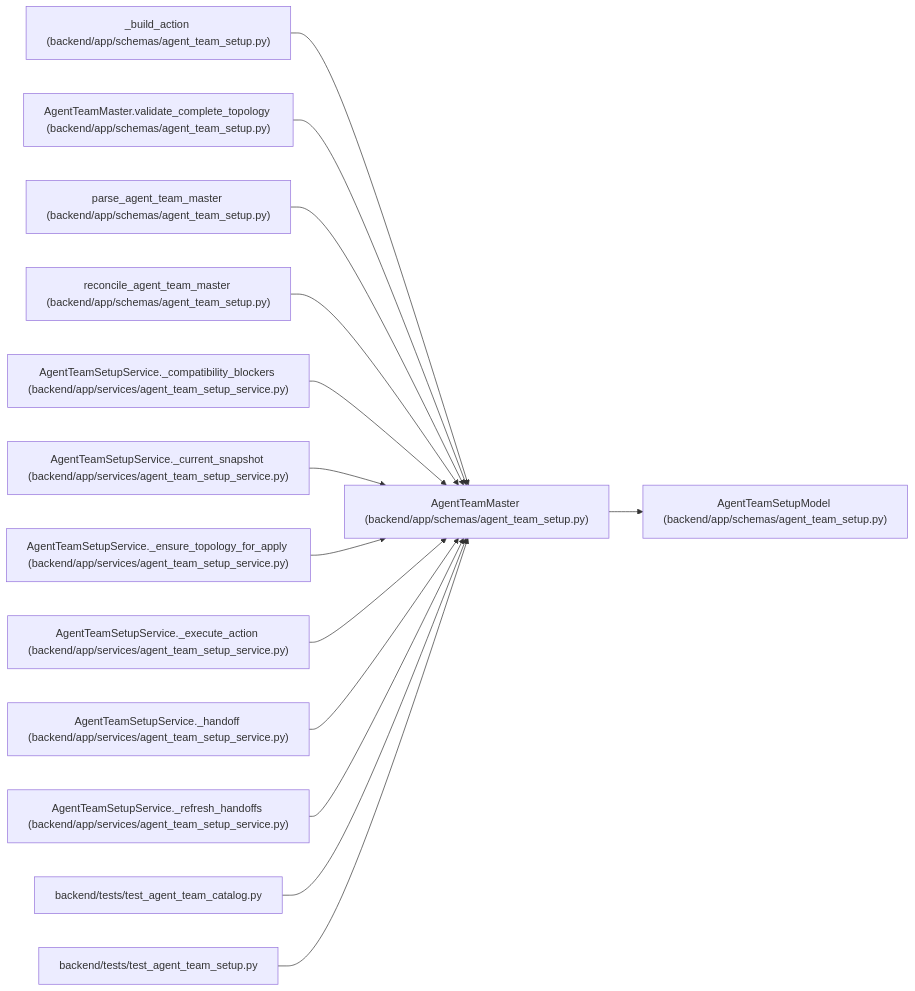
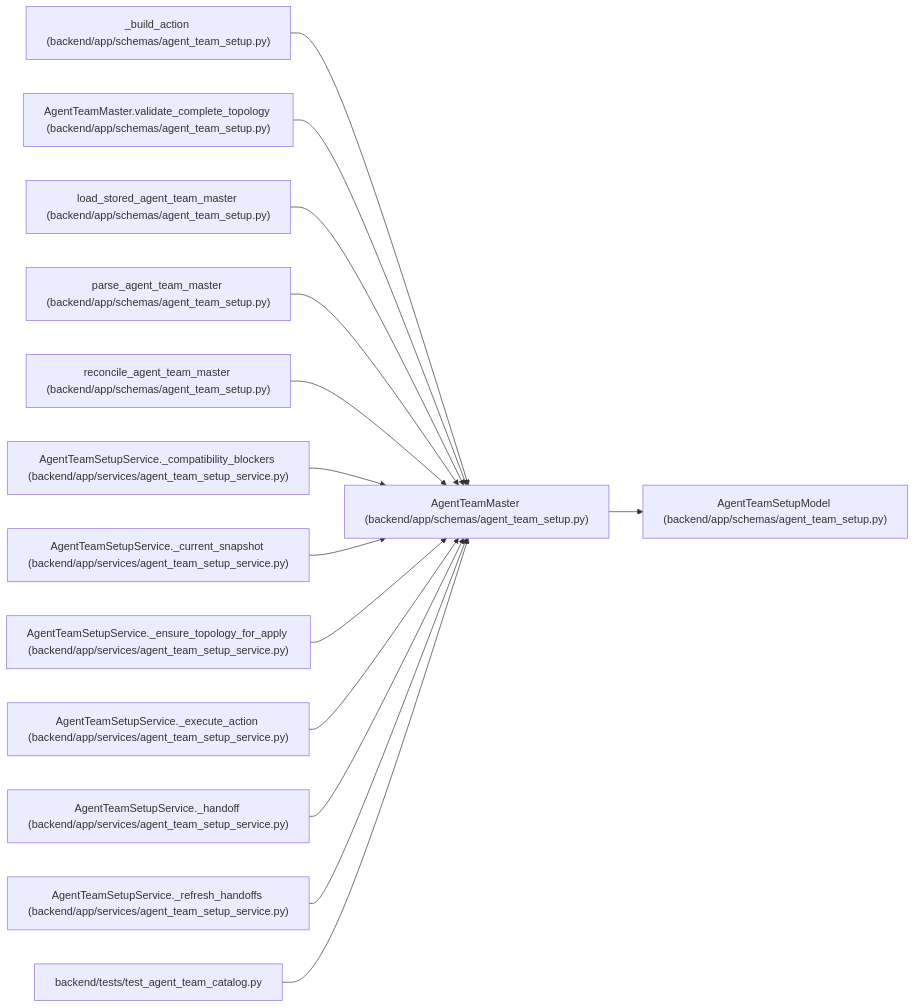
One commit to Denissvgn/WorkChord changed the diagram in docs/llm_wiki/entities/agent_team_setup_AgentTeamMaster.md. Above: the diagram before and after it, drawn with Mermaid. The commit also changed other lines of this file and 829 other files, not shown here.

Commit message:
docs(wiki): refresh for team contracts stored under earlier role rules

````diff
--- a/docs/llm_wiki/entities/agent_team_setup_AgentTeamMaster.md
+++ b/docs/llm_wiki/entities/agent_team_setup_AgentTeamMaster.md
@@ -50,44 +50,44 @@
 ```mermaid
 flowchart LR
     n0["AgentTeamMaster (backend/app/schemas/agent_team_setup.py)"]
     n1["AgentTeamSetupModel (backend/app/schemas/agent_team_setup.py)"]
     n2["_build_action (backend/app/schemas/agent_team_setup.py)"]
     n3["AgentTeamMaster.validate_complete_topology (backend/app/schemas/agent_team_setup.py)"]
-    n4["parse_agent_team_master (backend/app/schemas/agent_team_setup.py)"]
-    n5["reconcile_agent_team_master (backend/app/schemas/agent_team_setup.py)"]
-    n6["AgentTeamSetupService._compatibility_blockers (backend/app/services/agent_team_setup_service.py)"]
-    n7["AgentTeamSetupService._current_snapshot (backend/app/services/agent_team_setup_service.py)"]
-    n8["AgentTeamSetupService._ensure_topology_for_apply (backend/app/services/agent_team_setup_service.py)"]
-    n9["AgentTeamSetupService._execute_action (backend/app/services/agent_team_setup_service.py)"]
-    n10["AgentTeamSetupService._handoff (backend/app/services/agent_team_setup_service.py)"]
-    n11["AgentTeamSetupService._refresh_handoffs (backend/app/services/agent_team_setup_service.py)"]
-    n12["backend/tests/test_agent_team_catalog.py"]
-    n13["backend/tests/test_agent_team_setup.py"]
+    n4["load_stored_agent_team_master (backend/app/schemas/agent_team_setup.py)"]
+    n5["parse_agent_team_master (backend/app/schemas/agent_team_setup.py)"]
+    n6["reconcile_agent_team_master (backend/app/schemas/agent_team_setup.py)"]
+    n7["AgentTeamSetupService._compatibility_blockers (backend/app/services/agent_team_setup_service.py)"]
+    n8["AgentTeamSetupService._current_snapshot (backend/app/services/agent_team_setup_service.py)"]
+    n9["AgentTeamSetupService._ensure_topology_for_apply (backend/app/services/agent_team_setup_service.py)"]
+    n10["AgentTeamSetupService._execute_action (backend/app/services/agent_team_setup_service.py)"]
+    n11["AgentTeamSetupService._handoff (backend/app/services/agent_team_setup_service.py)"]
+    n12["AgentTeamSetupService._refresh_handoffs (backend/app/services/agent_team_setup_service.py)"]
+    n13["backend/tests/test_agent_team_catalog.py"]
     n0 --> n1
     n2 --> n0
     n3 --> n0
     n4 --> n0
     n5 --> n0
     n6 --> n0
     n7 --> n0
     n8 --> n0
     n9 --> n0
     n10 --> n0
     n11 --> n0
     n12 --> n0
     n13 --> n0
     click n0 "../modules/agent_team_setup.md"
     click n1 "../modules/agent_team_setup.md"
     click n2 "../modules/agent_team_setup.md"
     click n3 "../modules/agent_team_setup.md"
     click n4 "../modules/agent_team_setup.md"
     click n5 "../modules/agent_team_setup.md"
-    click n6 "../modules/agent_team_setup_service.md"
+    click n6 "../modules/agent_team_setup.md"
     click n7 "../modules/agent_team_setup_service.md"
     click n8 "../modules/agent_team_setup_service.md"
     click n9 "../modules/agent_team_setup_service.md"
     click n10 "../modules/agent_team_setup_service.md"
     click n11 "../modules/agent_team_setup_service.md"
-    click n12 "../modules/test_agent_team_catalog.md"
-    click n13 "../modules/test_agent_team_setup.md"
+    click n12 "../modules/agent_team_setup_service.md"
+    click n13 "../modules/test_agent_team_catalog.md"
 ```
````
